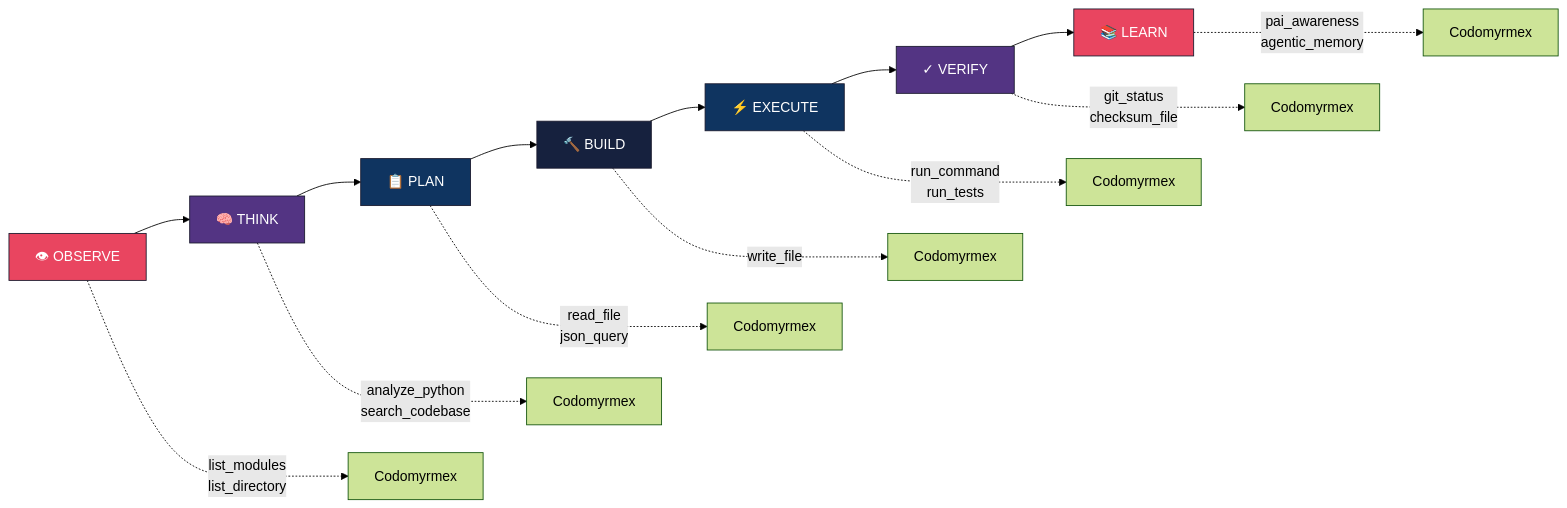
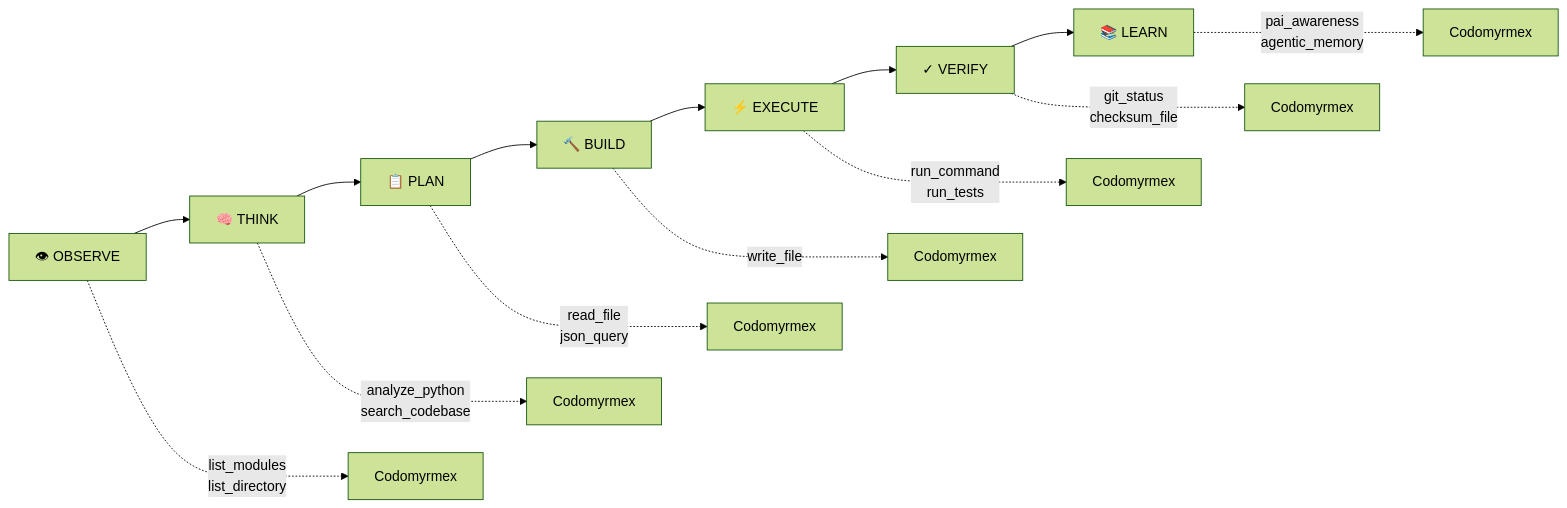
The fifth of 11 diagrams in docs/getting-started/GETTING_STARTED_WITH_AGENTS.md (docxology/codomyrmex), drawn with Mermaid (forest theme) before and after one commit. The commit also changed other lines of this file and 86 other files, not shown here.

````diff
--- a/docs/getting-started/GETTING_STARTED_WITH_AGENTS.md
+++ b/docs/getting-started/GETTING_STARTED_WITH_AGENTS.md
@@ -323,25 +308,17 @@
 ```mermaid
 flowchart LR
     O["👁 OBSERVE"] --> T["🧠 THINK"]
     T --> P["📋 PLAN"]
     P --> B["🔨 BUILD"]
     B --> E["⚡ EXECUTE"]
     E --> V["✓ VERIFY"]
     V --> L["📚 LEARN"]
 
     O -..->|"list_modules<br/>list_directory"| CDM1["Codomyrmex"]
     T -..->|"analyze_python<br/>search_codebase"| CDM2["Codomyrmex"]
     P -..->|"read_file<br/>json_query"| CDM3["Codomyrmex"]
     B -..->|"write_file"| CDM4["Codomyrmex"]
     E -..->|"run_command<br/>run_tests"| CDM5["Codomyrmex"]
     V -..->|"git_status<br/>checksum_file"| CDM6["Codomyrmex"]
     L -..->|"pai_awareness<br/>agentic_memory"| CDM7["Codomyrmex"]
-
-    style O fill:#e94560,stroke:#1a1a2e,color:#fff
-    style T fill:#533483,stroke:#1a1a2e,color:#fff
-    style P fill:#0f3460,stroke:#1a1a2e,color:#fff
-    style B fill:#16213e,stroke:#1a1a2e,color:#fff
-    style E fill:#0f3460,stroke:#1a1a2e,color:#fff
-    style V fill:#533483,stroke:#1a1a2e,color:#fff
-    style L fill:#e94560,stroke:#1a1a2e,color:#fff
 ```
````
